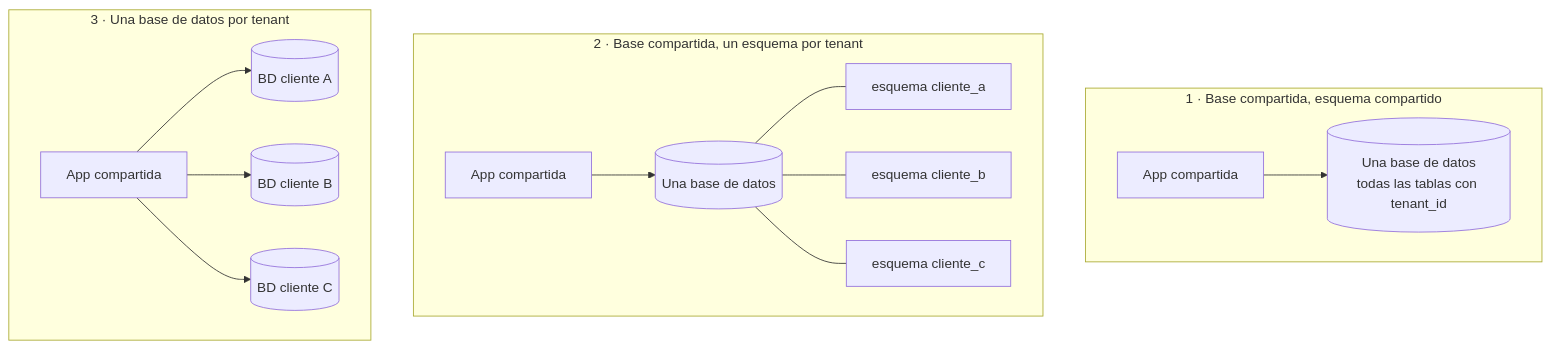
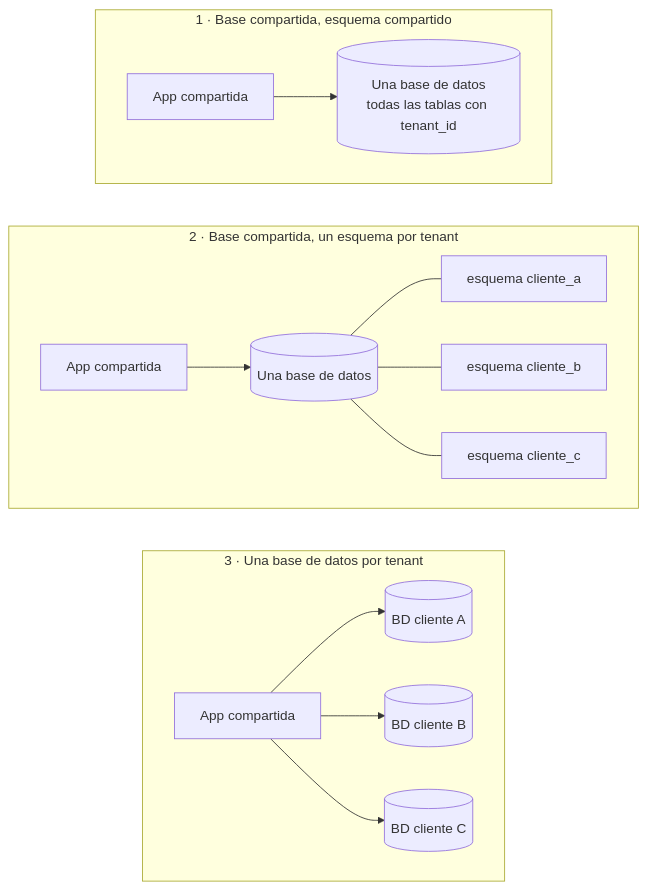
Before and after one commit to andresga79/saas-para-scrum-masters: the diagram in content/05-multi-tenancy.md, drawn with Mermaid. The commit also changed 13 other files, not shown here.

First line of the commit message:
Corrige legibilidad de diagramas, casilla del pie e impresión en modo oscuro

````diff
--- a/content/05-multi-tenancy.md
+++ b/content/05-multi-tenancy.md
@@ -11,19 +11,21 @@
 ```mermaid
 flowchart TB
     subgraph M1["1 · Base compartida, esquema compartido"]
         A1["App compartida"] --> D1[("Una base de datos<br/>todas las tablas con tenant_id")]
     end
 
     subgraph M2["2 · Base compartida, un esquema por tenant"]
         A2["App compartida"] --> D2[("Una base de datos")]
         D2 --- S2A["esquema cliente_a"]
         D2 --- S2B["esquema cliente_b"]
         D2 --- S2C["esquema cliente_c"]
     end
 
     subgraph M3["3 · Una base de datos por tenant"]
         A3["App compartida"] --> D3A[("BD cliente A")]
         A3 --> D3B[("BD cliente B")]
         A3 --> D3C[("BD cliente C")]
     end
+
+    M1 ~~~ M2 ~~~ M3
 ```
````
